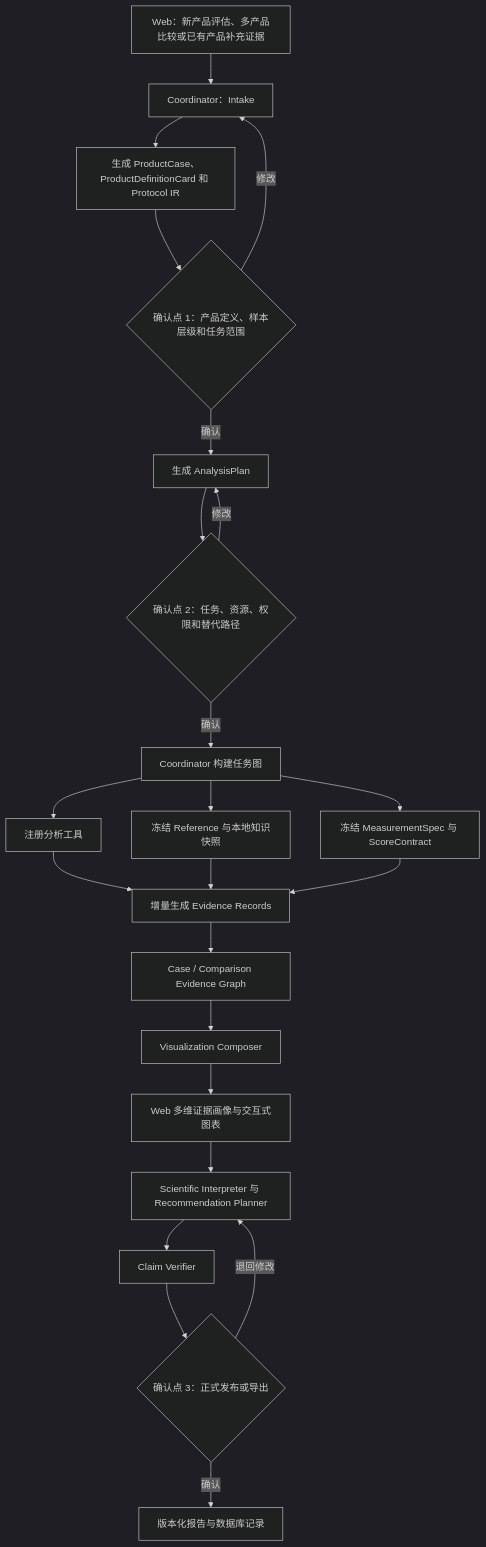
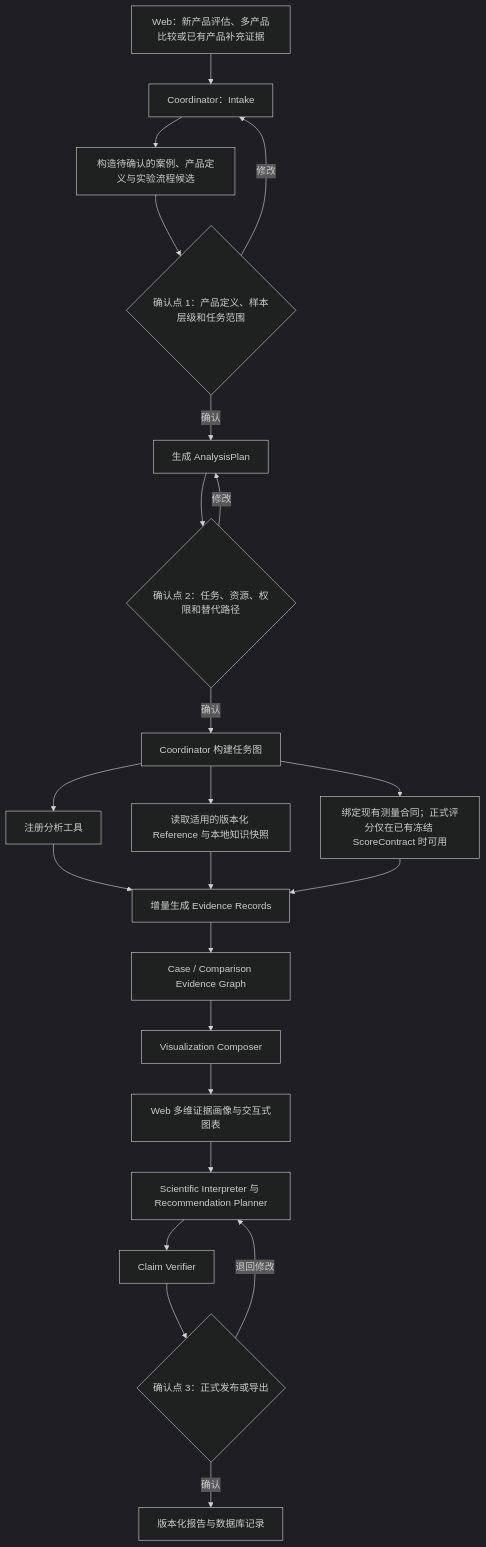
The first of 2 diagrams in docs/BRIDGE_PRD.md (starvingarc/BRIDGE), drawn with Mermaid (dark theme) before and after one commit. The commit also changed other lines of this file and 171 other files, not shown here.

````diff
--- a/docs/BRIDGE_PRD.md
+++ b/docs/BRIDGE_PRD.md
@@ -519,26 +532,26 @@
 ```mermaid
 flowchart TD
     U["Web：新产品评估、多产品比较或已有产品补充证据"] --> I["Coordinator：Intake"]
-    I --> C["生成 ProductCase、ProductDefinitionCard 和 Protocol IR"]
+    I --> C["构造待确认的案例、产品定义与实验流程候选"]
     C --> G1{"确认点 1：产品定义、样本层级和任务范围"}
     G1 -->|修改| I
     G1 -->|确认| P["生成 AnalysisPlan"]
     P --> G2{"确认点 2：任务、资源、权限和替代路径"}
     G2 -->|修改| P
     G2 -->|确认| X["Coordinator 构建任务图"]
 
     X --> T["注册分析工具"]
-    X --> K["冻结 Reference 与本地知识快照"]
-    X --> M["冻结 MeasurementSpec 与 ScoreContract"]
+    X --> K["读取适用的版本化 Reference 与本地知识快照"]
+    X --> M["绑定现有测量合同；正式评分仅在已有冻结 ScoreContract 时可用"]
     T --> E["增量生成 Evidence Records"]
     K --> E
     M --> E
     E --> EG["Case / Comparison Evidence Graph"]
     EG --> V["Visualization Composer"]
     V --> W["Web 多维证据画像与交互式图表"]
     W --> S["Scientific Interpreter 与 Recommendation Planner"]
     S --> Q["Claim Verifier"]
     Q --> G3{"确认点 3：正式发布或导出"}
     G3 -->|退回修改| S
     G3 -->|确认| R["版本化报告与数据库记录"]
 ```
````
